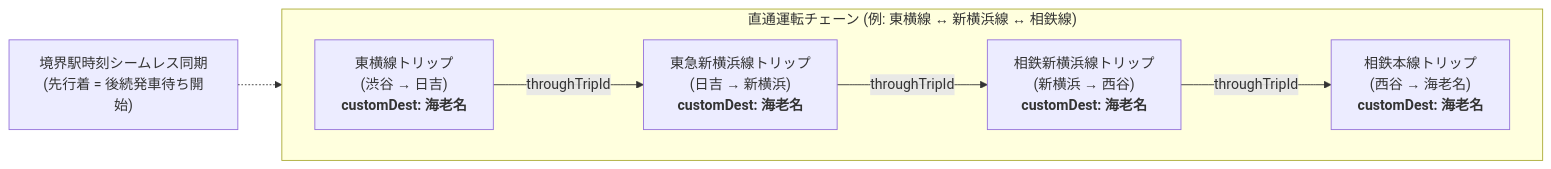
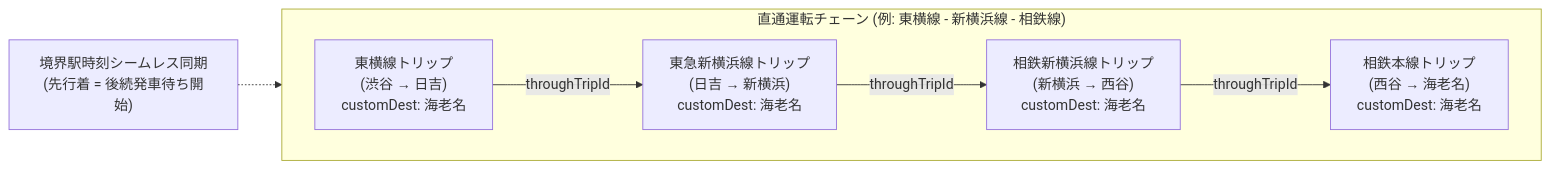
The second of 4 diagrams in docs/ROUTE_EXPANSION_PLAYBOOK.md (GenbuHase/Trainfo), drawn with Mermaid before and after one commit. The commit also changed other lines of this file and 9 other files, not shown here.

````diff
--- a/docs/ROUTE_EXPANSION_PLAYBOOK.md
+++ b/docs/ROUTE_EXPANSION_PLAYBOOK.md
@@ -468,10 +289,10 @@
 ```mermaid
 flowchart LR
-    subgraph Chain ["直通運転チェーン (例: 東横線 ↔ 新横浜線 ↔ 相鉄線)"]
+    subgraph Chain ["直通運転チェーン (例: 東横線 - 新横浜線 - 相鉄線)"]
         direction LR
-        T1["東横線トリップ<br/>(渋谷 → 日吉)<br/><b>customDest: 海老名</b>"] -->|throughTripId| T2["東急新横浜線トリップ<br/>(日吉 → 新横浜)<br/><b>customDest: 海老名</b>"]
-        T2 -->|throughTripId| T3["相鉄新横浜線トリップ<br/>(新横浜 → 西谷)<br/><b>customDest: 海老名</b>"]
-        T3 -->|throughTripId| T4["相鉄本線トリップ<br/>(西谷 → 海老名)<br/><b>customDest: 海老名</b>"]
+        T1["東横線トリップ<br/>(渋谷 → 日吉)<br/>customDest: 海老名"] -->|throughTripId| T2["東急新横浜線トリップ<br/>(日吉 → 新横浜)<br/>customDest: 海老名"]
+        T2 -->|throughTripId| T3["相鉄新横浜線トリップ<br/>(新横浜 → 西谷)<br/>customDest: 海老名"]
+        T3 -->|throughTripId| T4["相鉄本線トリップ<br/>(西谷 → 海老名)<br/>customDest: 海老名"]
     end
     Sync["境界駅時刻シームレス同期<br/>(先行着 = 後続発車待ち開始)"] -.-> Chain
 ```
````
